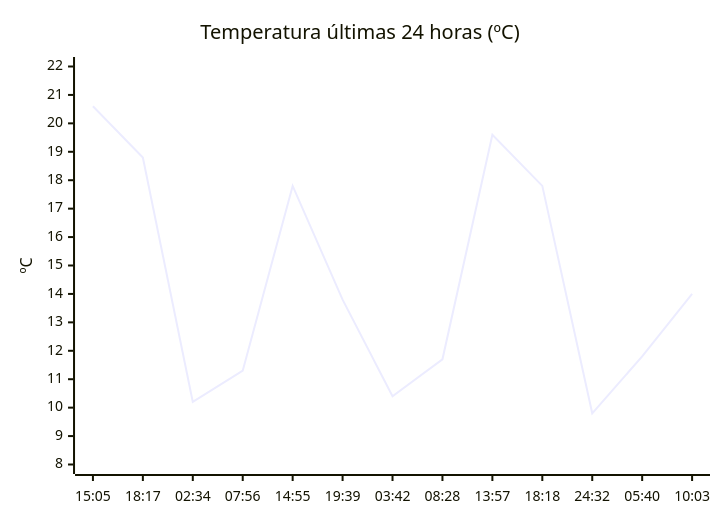
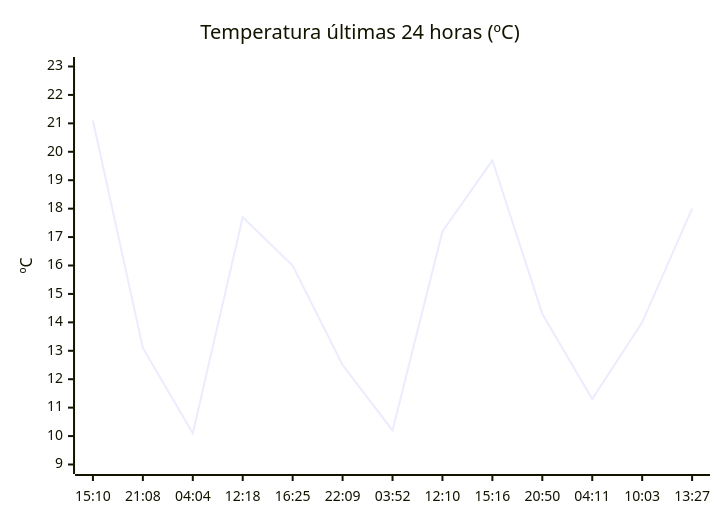
One commit to solidsnk86/rem-scrap changed the diagram in README.md. Above: the diagram before and after it, drawn with Mermaid. The commit also changed other lines of this file, not shown here.

````diff
--- a/README.md
+++ b/README.md
@@ -32,7 +28,7 @@
 ```mermaid
 xychart-beta
     title "Temperatura últimas 24 horas (ºC)"
-    x-axis ["15:05", "18:17", "02:34", "07:56", "14:55", "19:39", "03:42", "08:28", "13:57", "18:18", "24:32", "05:40", "10:03"]
-    y-axis "ºC" 8 --> 22
-    line [20.6, 18.8, 10.2, 11.3, 17.8, 13.8, 10.4, 11.7, 19.6, 17.8, 9.8, 11.8, 14]
+    x-axis ["15:10", "21:08", "04:04", "12:18", "16:25", "22:09", "03:52", "12:10", "15:16", "20:50", "04:11", "10:03", "13:27"]
+    y-axis "ºC" 9 --> 23
+    line [21.1, 13.1, 10.1, 17.7, 16, 12.5, 10.2, 17.2, 19.7, 14.3, 11.3, 14, 18]
 ```
````
